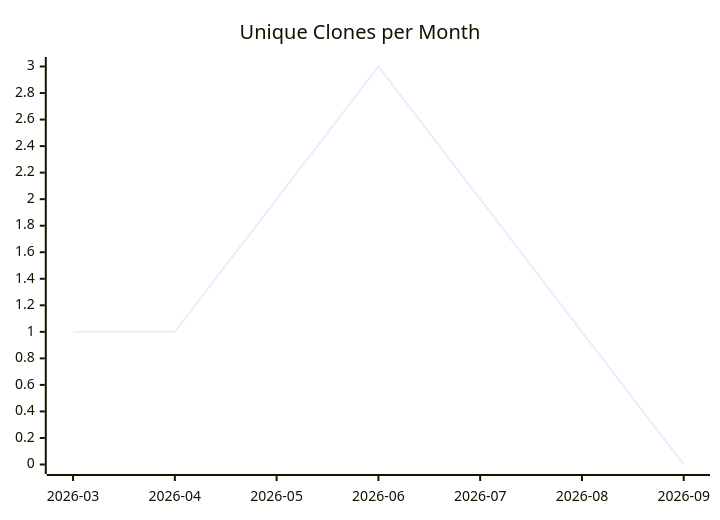
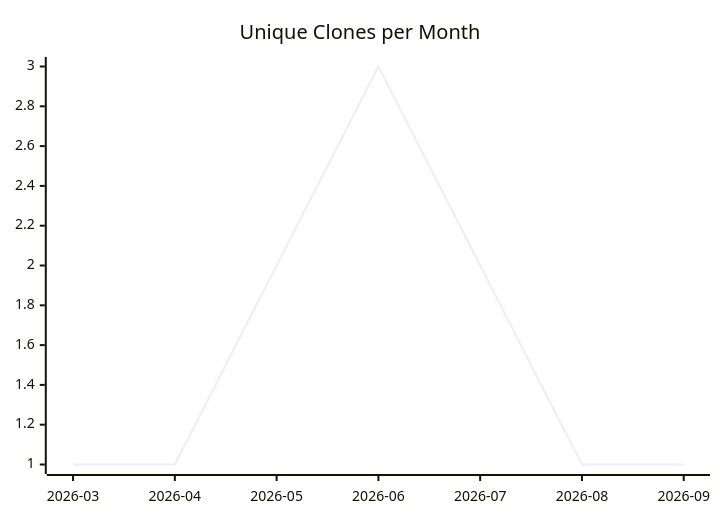
One commit to justdavis-family/github-analytics-data changed the third of 3 diagrams in karlmdavis/ansible-role-acmetool/README.md. Above: the diagram before and after it, drawn with Mermaid. The commit also changed other lines of this file and 196 other files, not shown here.

````diff
--- a/karlmdavis/ansible-role-acmetool/README.md
+++ b/karlmdavis/ansible-role-acmetool/README.md
@@ -19,6 +19,6 @@
 ```mermaid
 xychart-beta
   title "Unique Clones per Month"
   x-axis ["2026-03", "2026-04", "2026-05", "2026-06", "2026-07", "2026-08", "2026-09"]
-  line [1, 1, 2, 3, 2, 1, 0]
+  line [1, 1, 2, 3, 2, 1, 1]
 ```
````
